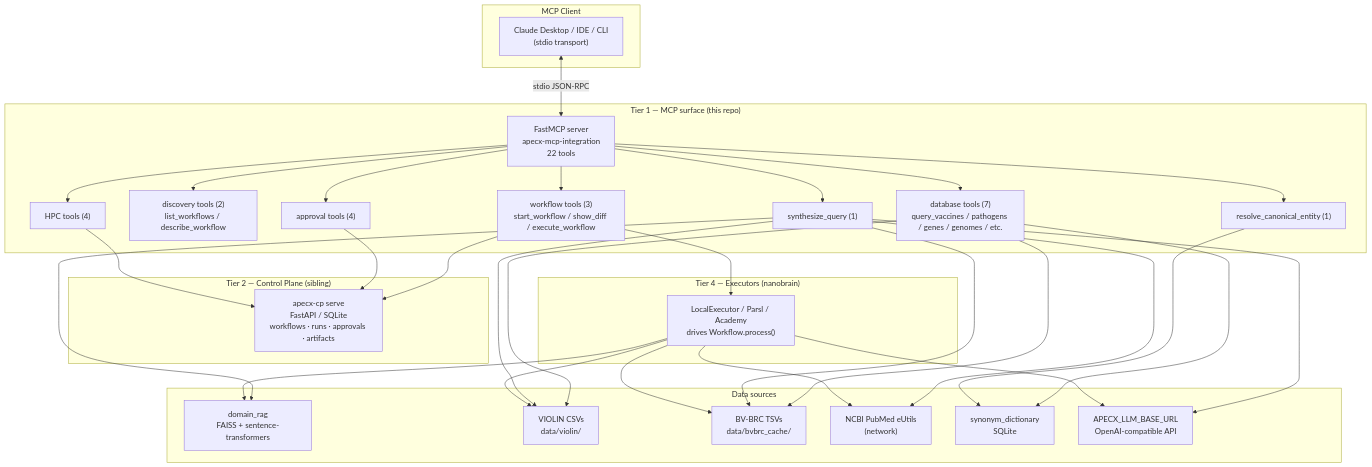
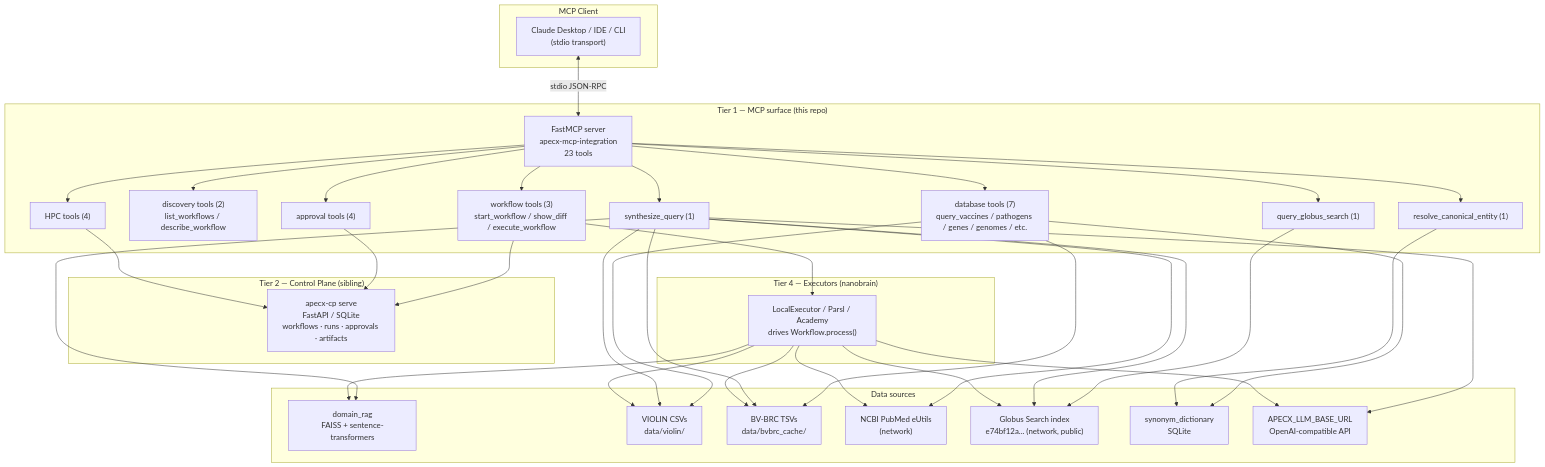
The first of 8 diagrams in docs/architecture.md (AlexandrNP/apecx-mcp-integration), drawn with Mermaid before and after one commit. The commit also changed other lines of this file and 14 other files, not shown here.

````diff
--- a/docs/architecture.md
+++ b/docs/architecture.md
@@ -32,47 +33,50 @@
 ```mermaid
 flowchart TB
     subgraph Client["MCP Client"]
         CD["Claude Desktop / IDE / CLI<br/>(stdio transport)"]
     end
 
     subgraph Tier1["Tier 1 — MCP surface (this repo)"]
-        SRV["FastMCP server<br/>apecx-mcp-integration<br/>22 tools"]
+        SRV["FastMCP server<br/>apecx-mcp-integration<br/>23 tools"]
         ToolsW["workflow tools (3)<br/>start_workflow / show_diff / execute_workflow"]
         ToolsD["discovery tools (2)<br/>list_workflows / describe_workflow"]
         ToolsDB["database tools (7)<br/>query_vaccines / pathogens / genes / genomes / etc."]
         ToolsCE["resolve_canonical_entity (1)"]
         ToolsSy["synthesize_query (1)"]
+        ToolsGS["query_globus_search (1)"]
         ToolsAp["approval tools (4)"]
         ToolsHpc["HPC tools (4)"]
     end
 
     subgraph Tier2["Tier 2 — Control Plane (sibling)"]
         CP["apecx-cp serve<br/>FastAPI / SQLite<br/>workflows · runs · approvals · artifacts"]
     end
 
     subgraph Tier4["Tier 4 — Executors (nanobrain)"]
         Exec["LocalExecutor / Parsl / Academy<br/>drives Workflow.process()"]
     end
 
     subgraph Data["Data sources"]
         FAISS["domain_rag<br/>FAISS + sentence-transformers"]
         VIOLIN["VIOLIN CSVs<br/>data/violin/"]
         BVBRC["BV-BRC TSVs<br/>data/bvbrc_cache/"]
         PUBMED["NCBI PubMed eUtils<br/>(network)"]
+        GLOBUS["Globus Search index<br/>e74bf12a... (network, public)"]
         DICT["synonym_dictionary<br/>SQLite"]
         LLM["APECX_LLM_BASE_URL<br/>OpenAI-compatible API"]
     end
 
     CD <-- "stdio JSON-RPC" --> SRV
-    SRV --> ToolsW & ToolsD & ToolsDB & ToolsCE & ToolsSy & ToolsAp & ToolsHpc
+    SRV --> ToolsW & ToolsD & ToolsDB & ToolsCE & ToolsSy & ToolsGS & ToolsAp & ToolsHpc
     ToolsW --> CP
     ToolsAp --> CP
     ToolsHpc --> CP
     ToolsW --> Exec
     ToolsDB --> VIOLIN
     ToolsDB --> BVBRC
     ToolsDB --> DICT
     ToolsCE --> DICT
-    ToolsSy --> FAISS & VIOLIN & BVBRC & PUBMED & LLM
-    Exec --> FAISS & VIOLIN & BVBRC & PUBMED & LLM
+    ToolsGS --> GLOBUS
+    ToolsSy --> FAISS & VIOLIN & BVBRC & PUBMED & GLOBUS & LLM
+    Exec --> FAISS & VIOLIN & BVBRC & PUBMED & GLOBUS & LLM
 ```
````
